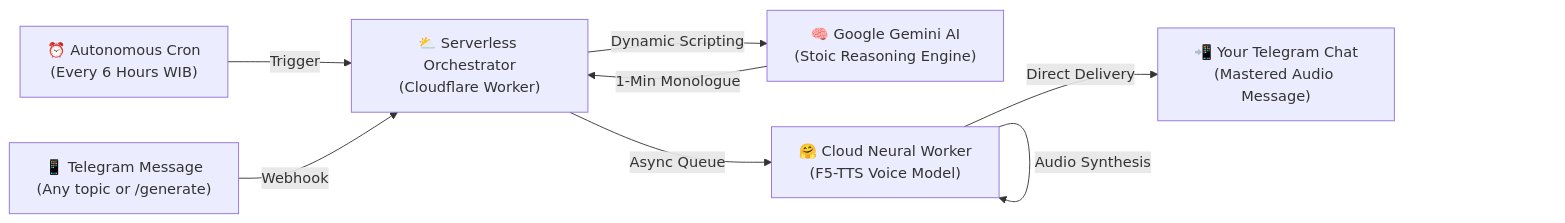
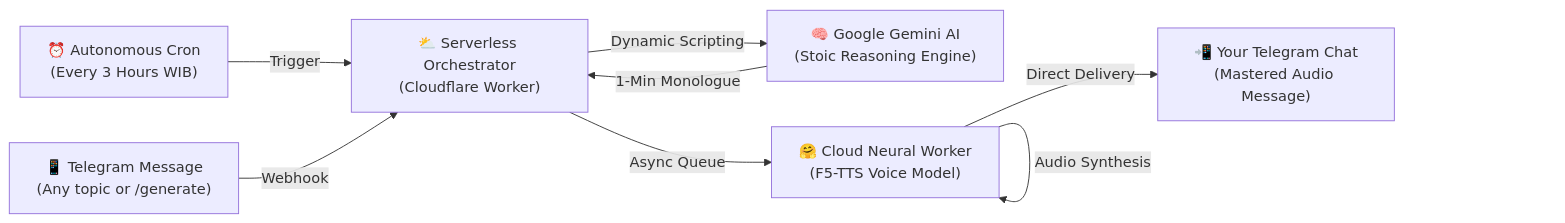
The diagram in README.md (ifjika/personal-os), drawn with Mermaid before and after one commit. The commit also changed other lines of this file and 10 other files, not shown here.

````diff
--- a/README.md
+++ b/README.md
@@ -29,13 +29,13 @@
 ```mermaid
 flowchart LR
-    A["⏰ Autonomous Cron\n(Every 6 Hours WIB)"] -->|Trigger| B["⛅ Serverless Orchestrator\n(Cloudflare Worker)"]
+    A["⏰ Autonomous Cron\n(Every 3 Hours WIB)"] -->|Trigger| B["⛅ Serverless Orchestrator\n(Cloudflare Worker)"]
     U["📱 Telegram Message\n(Any topic or /generate)"] -->|Webhook| B
 
     B -->|Dynamic Scripting| C["🧠 Google Gemini AI\n(Stoic Reasoning Engine)"]
     C -->|1-Min Monologue| B
 
     B -->|Async Queue| D["🤗 Cloud Neural Worker\n(F5-TTS Voice Model)"]
     D -->|Audio Synthesis| D
 
     D -->|Direct Delivery| T["📲 Your Telegram Chat\n(Mastered Audio Message)"]
 ```
````
